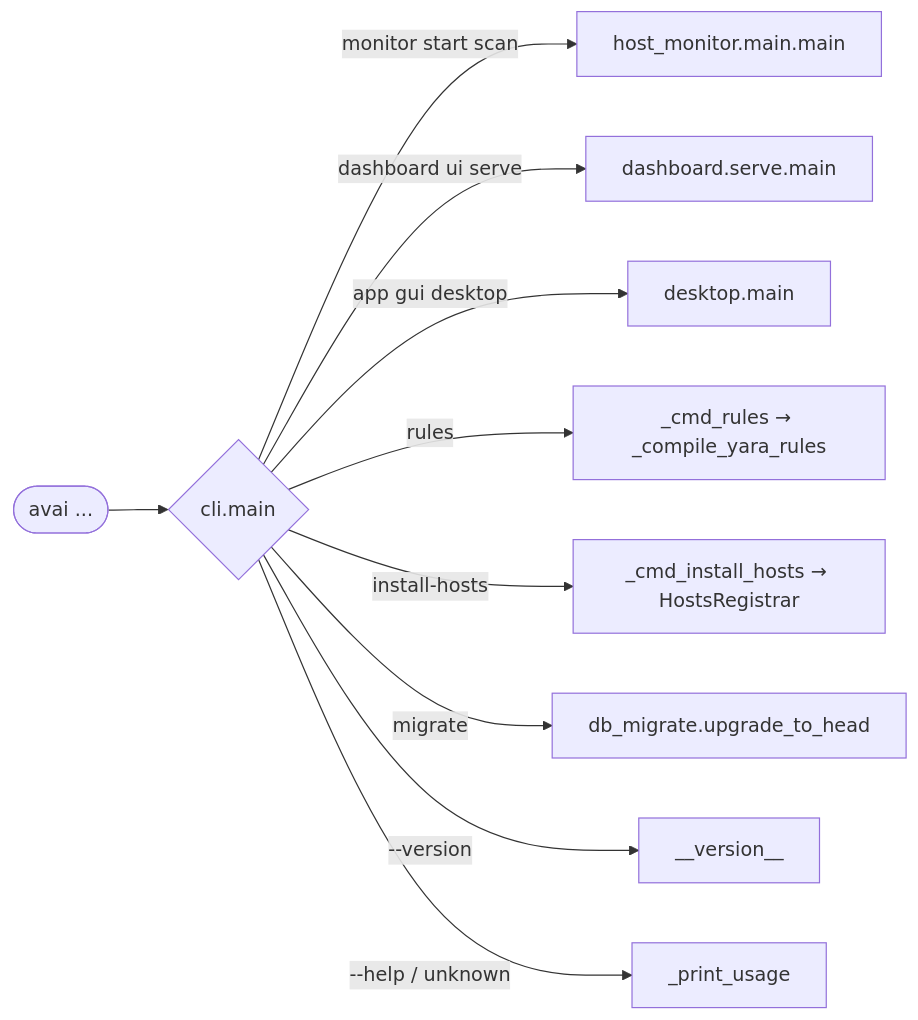
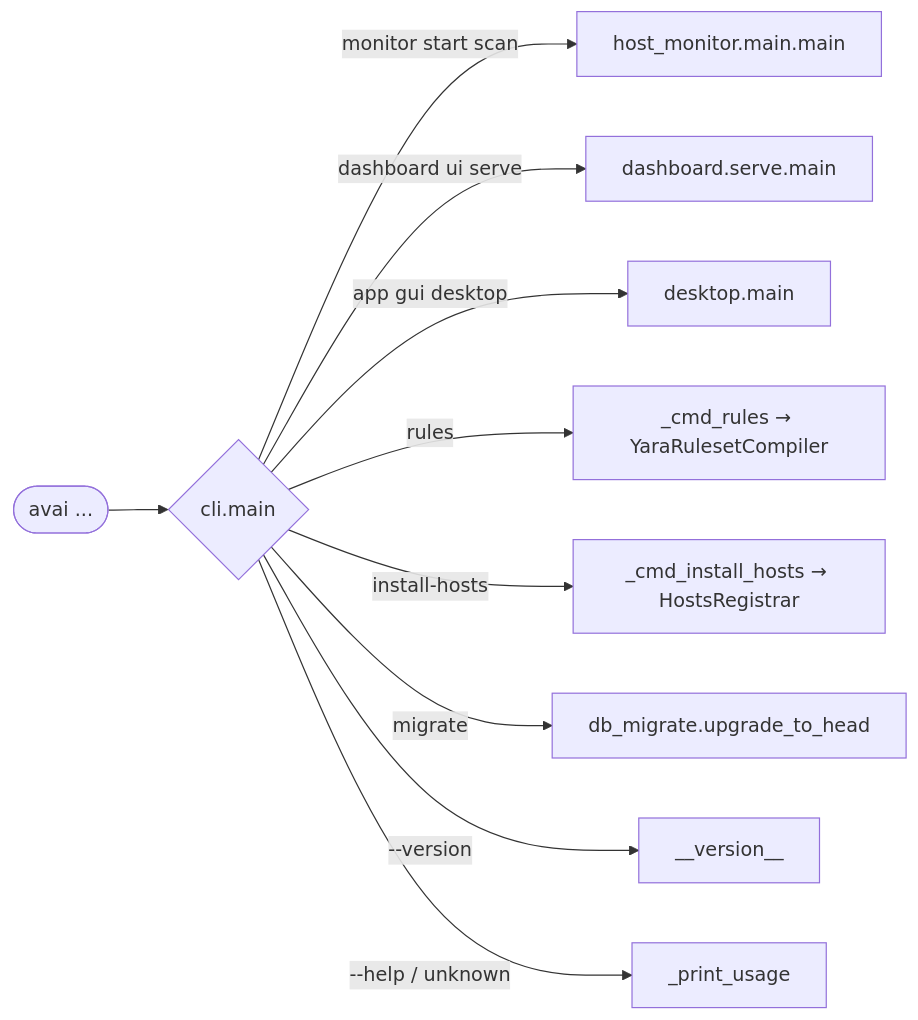
The third of 23 diagrams in docs/ARCHITECTURE.md (iklobato/avai), drawn with Mermaid before and after one commit. The commit also changed other lines of this file and 1 other file, not shown here.

````diff
--- a/docs/ARCHITECTURE.md
+++ b/docs/ARCHITECTURE.md
@@ -249,12 +251,12 @@
 ```mermaid
 graph LR
     u(["avai ..."]) --> m{"cli.main"}
     m -->|monitor start scan| hm["host_monitor.main.main"]
     m -->|dashboard ui serve| dm["dashboard.serve.main"]
     m -->|app gui desktop| ap["desktop.main"]
-    m -->|rules| r["_cmd_rules → _compile_yara_rules"]
+    m -->|rules| r["_cmd_rules → YaraRulesetCompiler"]
     m -->|install-hosts| ih["_cmd_install_hosts → HostsRegistrar"]
     m -->|migrate| mg["db_migrate.upgrade_to_head"]
     m -->|--version| v["__version__"]
     m -->|--help / unknown| usage["_print_usage"]
 ```
````
